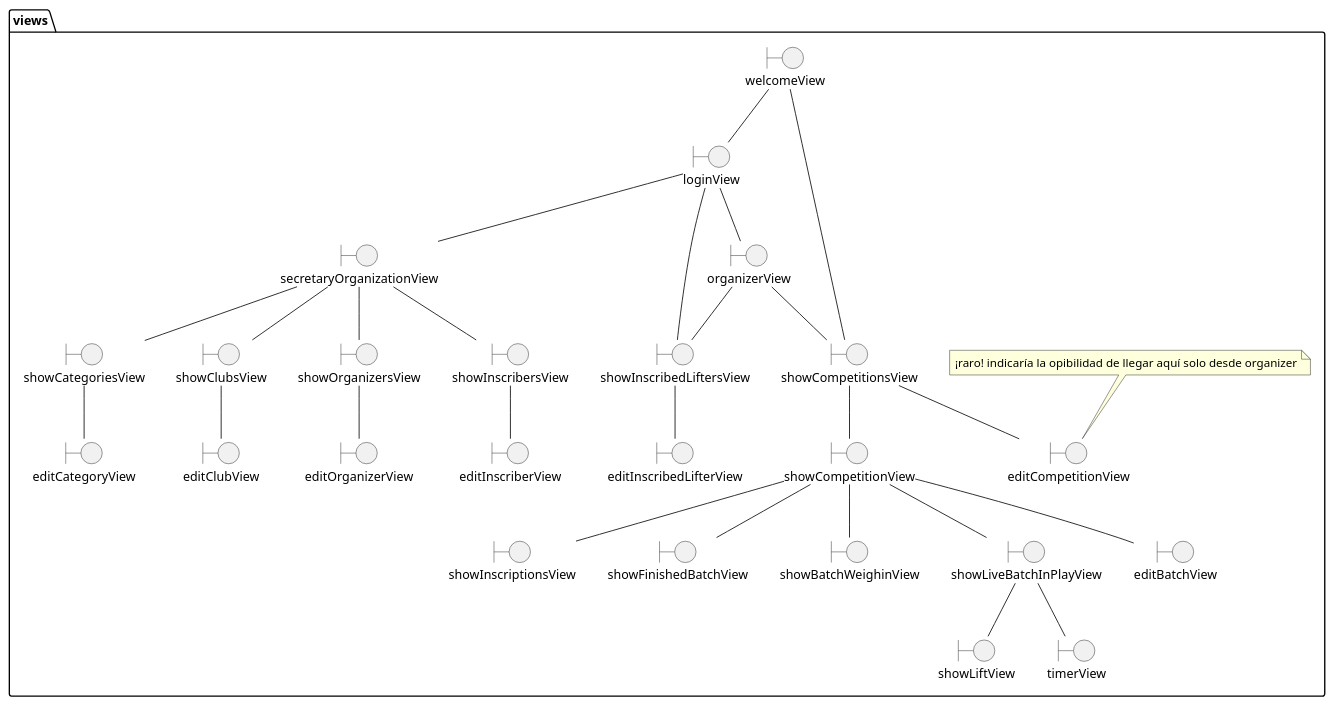
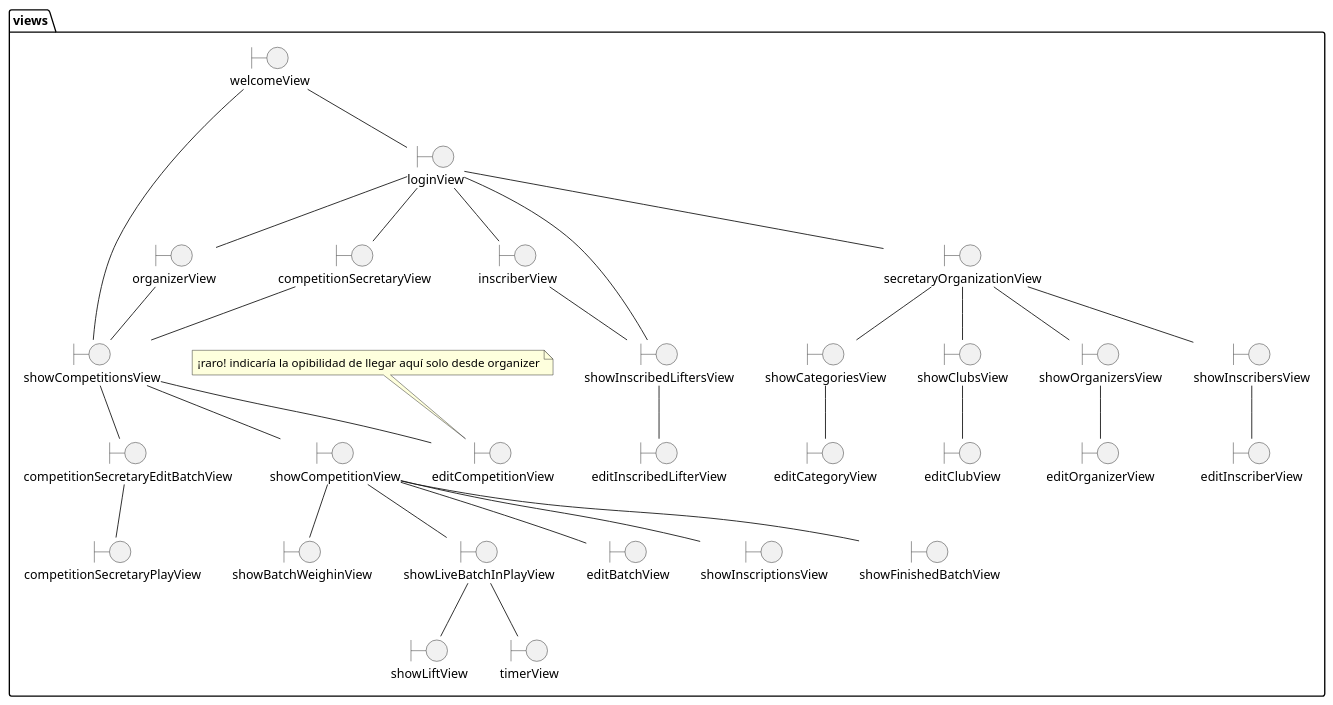
Before and after one commit to zuldare/mastercloud_pfm_halterocms: the diagram in documentation/diagrams/2_analysis/2_Views_ArchitectureAnalysis.puml, drawn with PlantUML.

Commit message:
Add competition secretary views

```diff
--- a/documentation/diagrams/2_analysis/2_Views_ArchitectureAnalysis.puml
+++ b/documentation/diagrams/2_analysis/2_Views_ArchitectureAnalysis.puml
@@ -1,87 +1,102 @@
 @startuml
 
 top to bottom direction
 
 package views {
   boundary showCompetitionsView
   boundary showCompetitionView
 
   boundary showInscriptionsView
   boundary showFinishedBatchView
   boundary showBatchWeighinView
   boundary showLiveBatchInPlayView
 
   boundary loginView
 
   showCompetitionsView -- showCompetitionView
   showCompetitionView -- showInscriptionsView
   showCompetitionView -- showFinishedBatchView
   showCompetitionView -- showBatchWeighinView
   showCompetitionView -- showLiveBatchInPlayView
 
 
   boundary showCategoriesView
   boundary editCategoryView
 
 
   boundary showClubsView
   boundary editClubView
 
 
   boundary showOrganizersView
   boundary editOrganizerView
 
   boundary showInscribersView
   boundary editInscriberView
 
 
   boundary showInscribedLiftersView
 
   boundary editCompetitionView
   note top of editCompetitionView: ¡raro! indicaría la opibilidad de llegar aquí solo desde organizer
 
   boundary editBatchView
 
   boundary showLiftView
   boundary timerView
 
   boundary welcomeView
 
   welcomeView -- showCompetitionsView
 
   boundary loginView
 
   welcomeView -- loginView
 
   boundary secretaryOrganizationView
 
   loginView -- secretaryOrganizationView
 
   secretaryOrganizationView -- showInscribersView
   secretaryOrganizationView -- showCategoriesView
   secretaryOrganizationView -- showOrganizersView
   secretaryOrganizationView -- showClubsView
 
   showClubsView -- editClubView
   showOrganizersView -- editOrganizerView
   showInscribersView -- editInscriberView
   showCategoriesView -- editCategoryView
 
   boundary editInscribedLifterView
   loginView -- showInscribedLiftersView
   showInscribedLiftersView -- editInscribedLifterView
 
 
+  boundary inscriberView
+  loginView -- inscriberView
+  inscriberView -- showInscribedLiftersView
+
   boundary organizerView
   loginView -- organizerView
-  organizerView -- showInscribedLiftersView
   organizerView -- showCompetitionsView
   showCompetitionsView -- editCompetitionView
+
+  boundary competitionSecretaryView
+  boundary competitionSecretaryEditBatchView
+  boundary competitionSecretaryPlayView
+
+  loginView -- competitionSecretaryView
+  competitionSecretaryView -- showCompetitionsView
+
+
+
+  showCompetitionsView -- competitionSecretaryEditBatchView
+  competitionSecretaryEditBatchView -- competitionSecretaryPlayView
 
   showLiveBatchInPlayView -- showLiftView
   showLiveBatchInPlayView -- timerView
 
   showCompetitionView -- editBatchView
 }
 
 @enduml
```
